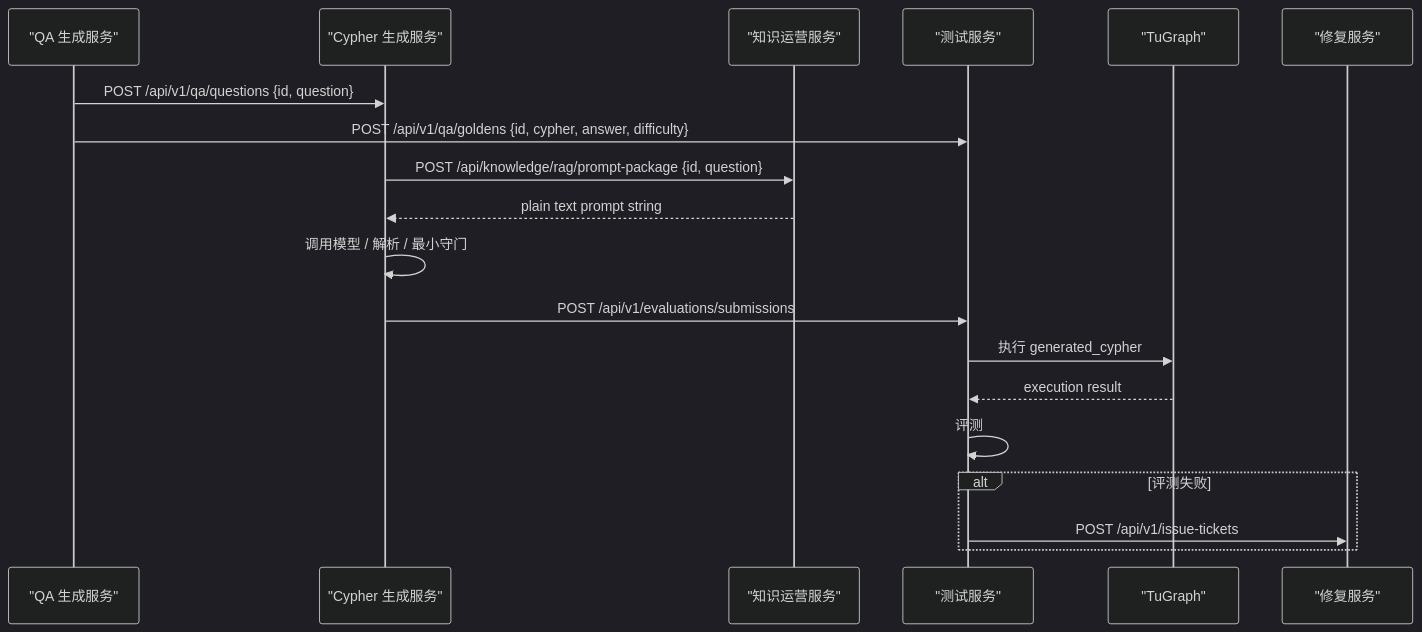
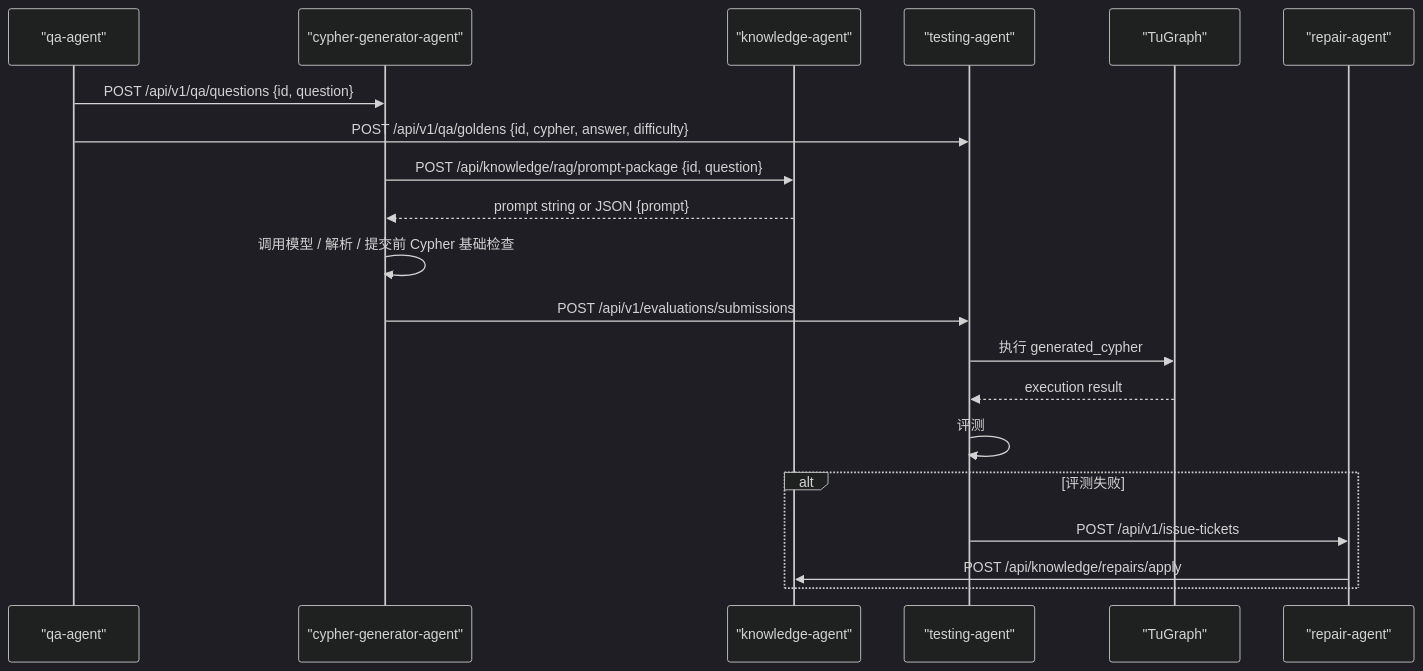
The diagram in console/runtime-console/docs/reference/workflow.md (mangow0527/text2cypher-agent-hub), drawn with Mermaid (dark theme) before and after one commit. The commit also changed other lines of this file and 87 other files, not shown here.

````diff
--- a/console/runtime-console/docs/reference/workflow.md
+++ b/console/runtime-console/docs/reference/workflow.md
@@ -130,22 +137,23 @@
 ```mermaid
 sequenceDiagram
-    participant QA as "QA 生成服务"
-    participant CG as "Cypher 生成服务"
-    participant KO as "知识运营服务"
-    participant TS as "测试服务"
+    participant QA as "qa-agent"
+    participant CG as "cypher-generator-agent"
+    participant knowledge-agent as "knowledge-agent"
+    participant TS as "testing-agent"
     participant TG as "TuGraph"
-    participant RS as "修复服务"
+    participant RS as "repair-agent"
 
     QA->>CG: POST /api/v1/qa/questions {id, question}
     QA->>TS: POST /api/v1/qa/goldens {id, cypher, answer, difficulty}
-    CG->>KO: POST /api/knowledge/rag/prompt-package {id, question}
-    KO-->>CG: plain text prompt string
-    CG->>CG: 调用模型 / 解析 / 最小守门
+    CG->>knowledge-agent: POST /api/knowledge/rag/prompt-package {id, question}
+    knowledge-agent-->>CG: prompt string or JSON {prompt}
+    CG->>CG: 调用模型 / 解析 / 提交前 Cypher 基础检查
     CG->>TS: POST /api/v1/evaluations/submissions
     TS->>TG: 执行 generated_cypher
     TG-->>TS: execution result
     TS->>TS: 评测
     alt 评测失败
         TS->>RS: POST /api/v1/issue-tickets
+        RS->>knowledge-agent: POST /api/knowledge/repairs/apply
     end
 ```
````
